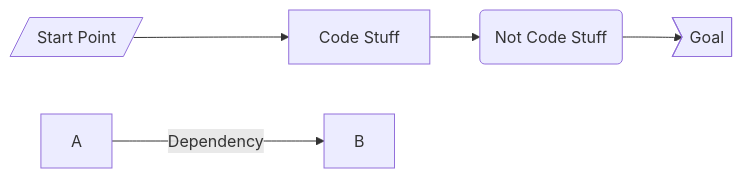
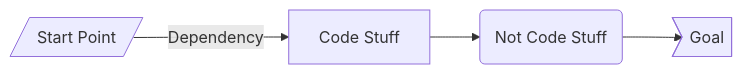
Before and after one commit to WCR-FRC-2016/2023trainingrep: the second of 2 diagrams in README.md, drawn with Mermaid. The commit also changed other lines of this file, not shown here.

First line of the commit message:
Improve Flowchart

````diff
--- a/README.md
+++ b/README.md
@@ -56,8 +57,6 @@
 ```mermaid
 flowchart LR;
 
-aa[/Start Point/] --> bb[Code Stuff] --> cc(Not Code Stuff) --> dd>Goal]
-
-A -->|Dependency| B
+A[/Start Point/] -->|Dependency| B[Code Stuff] --> C(Not Code Stuff) --> D>Goal]
 
 ```
````
